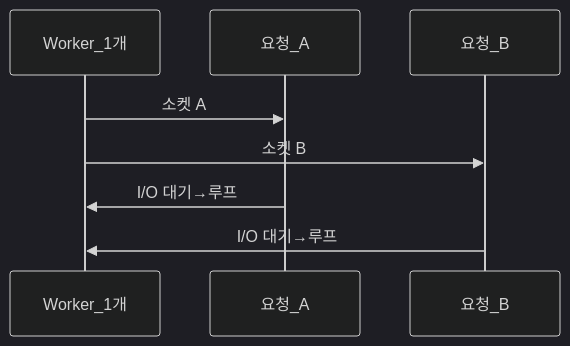
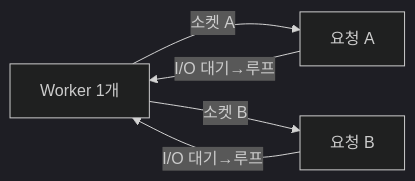
The second of 18 diagrams in _posts/server/2026-05-01-nginx.md (yjkim2015/yjkim2015.github.io), drawn with Mermaid (dark theme) before and after one commit. The commit also changed other lines of this file and 84 other files, not shown here.

First line of the commit message:
85개 포스트 Mermaid 다이어그램 규칙 일괄 수정

````diff
--- a/_posts/server/2026-05-01-nginx.md
+++ b/_posts/server/2026-05-01-nginx.md
@@ -46,7 +46,7 @@
 ```mermaid
-sequenceDiagram
-    Worker_1개->>요청_A: 소켓 A
-    Worker_1개->>요청_B: 소켓 B
-    요청_A->>Worker_1개: I/O 대기→루프
-    요청_B->>Worker_1개: I/O 대기→루프
+graph LR
+    W["Worker 1개"] -->|"소켓 A"| A["요청 A"]
+    W -->|"소켓 B"| B["요청 B"]
+    A -->|"I/O 대기→루프"| W
+    B -->|"I/O 대기→루프"| W
 ```
````
